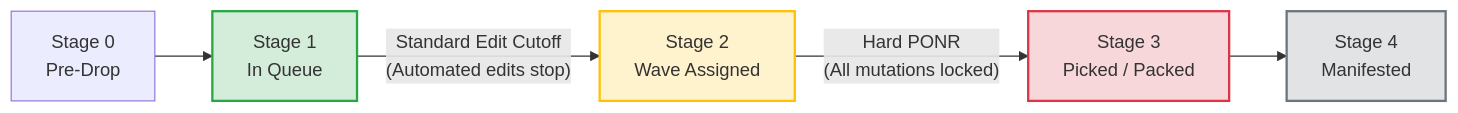
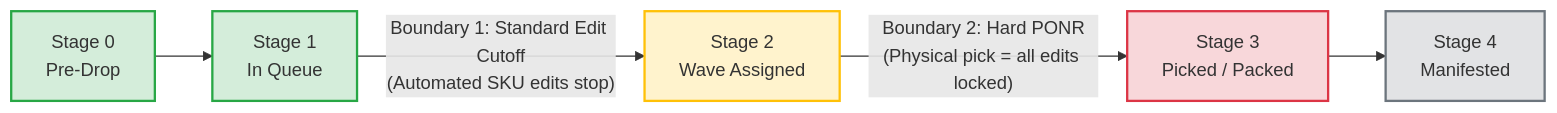
One commit to riovicsusas/portfolio changed the first of 3 diagrams in domain-1-order-lifecycle/TechnicalStudy-Domain1-OrderStateMachineAndPONR.md. Above: the diagram before and after it, drawn with Mermaid. The commit also changed other lines of this file and 5 other files, not shown here.

````diff
--- a/domain-1-order-lifecycle/TechnicalStudy-Domain1-OrderStateMachineAndPONR.md
+++ b/domain-1-order-lifecycle/TechnicalStudy-Domain1-OrderStateMachineAndPONR.md
@@ -104,12 +118,13 @@
 ```mermaid
 flowchart LR
     S0["Stage 0<br>Pre-Drop"] --> S1["Stage 1<br>In Queue"]
-    S1 -->|"Standard Edit Cutoff<br>(Automated edits stop)"| S2["Stage 2<br>Wave Assigned"]
-    S2 -->|"Hard PONR<br>(All mutations locked)"| S3["Stage 3<br>Picked / Packed"]
+    S1 -->|"Boundary 1: Standard Edit Cutoff<br>(Automated SKU edits stop)"| S2["Stage 2<br>Wave Assigned"]
+    S2 -->|"Boundary 2: Hard PONR<br>(Physical pick = all edits locked)"| S3["Stage 3<br>Picked / Packed"]
     S3 --> S4["Stage 4<br>Manifested"]
 
+    style S0 fill:#d4edda,stroke:#28a745,stroke-width:2px;
     style S1 fill:#d4edda,stroke:#28a745,stroke-width:2px;
     style S2 fill:#fff3cd,stroke:#ffc107,stroke-width:2px;
     style S3 fill:#f8d7da,stroke:#dc3545,stroke-width:2px;
     style S4 fill:#e2e3e5,stroke:#6c757d,stroke-width:2px;
 ```
````
